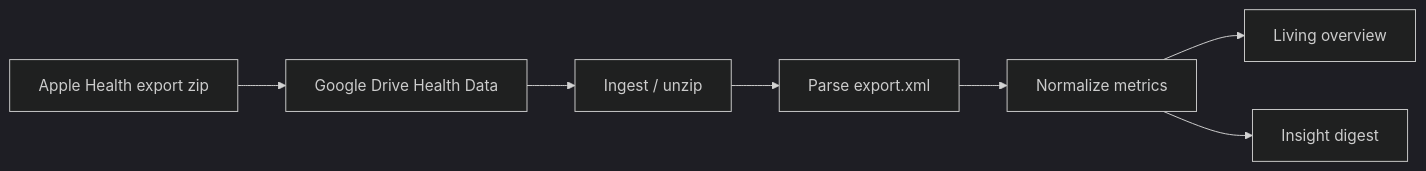
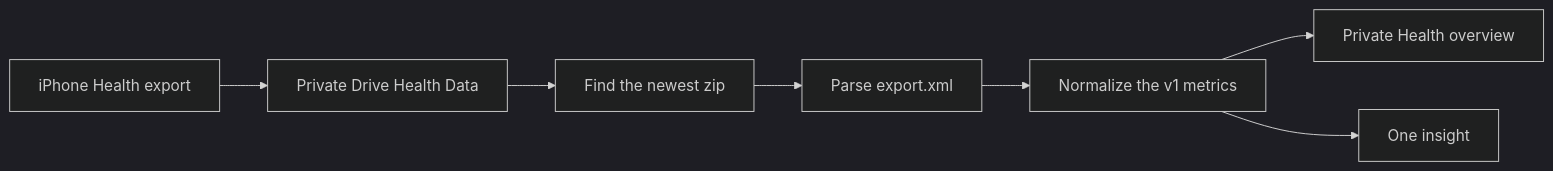
Before and after one commit to akashnaren/apple-health-insights: the first of 3 diagrams in README.md, drawn with Mermaid (dark theme). The commit also changed other lines of this file and 22 other files, not shown here.

First line of the commit message:
Add synthetic Apple Health ingest, overview, and CI

````diff
--- a/README.md
+++ b/README.md
@@ -13,9 +33,13 @@
 ```mermaid
 flowchart LR
-  A[Apple Health export zip] --> B[Google Drive Health Data]
-  B --> C[Ingest / unzip]
-  C --> D[Parse export.xml]
-  D --> E[Normalize metrics]
-  E --> F[Living overview]
-  E --> G[Insight digest]
+  phone[iPhone Health export]
+  drive[Private Drive Health Data]
+  detect[Find the newest zip]
+  parse[Parse export.xml]
+  rollup[Normalize the v1 metrics]
+  overview[Private Health overview]
+  insight[One insight]
+  phone --> drive --> detect --> parse --> rollup
+  rollup --> overview
+  rollup --> insight
 ```
````
